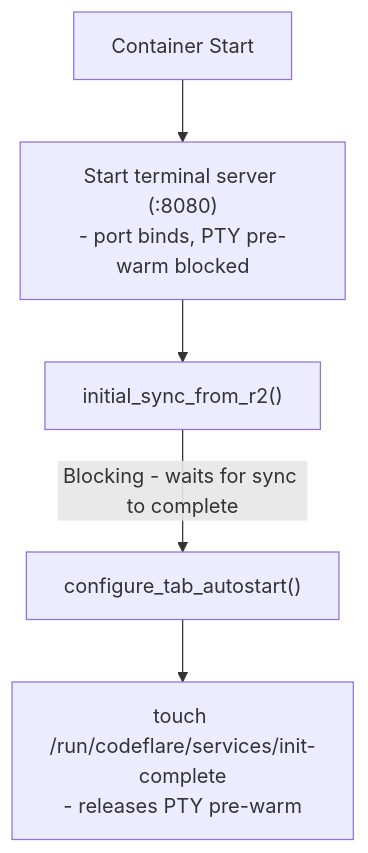
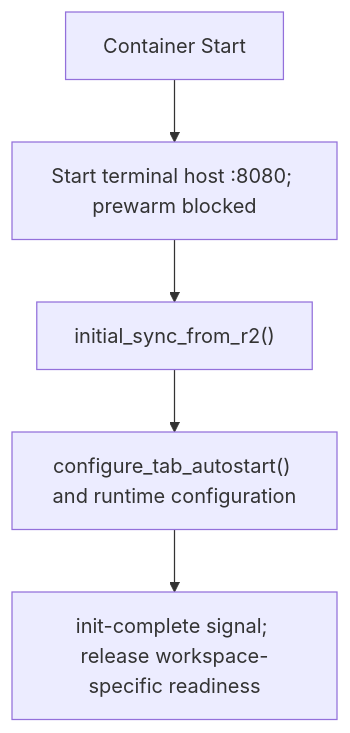
Before and after one commit to nikolanovoselec/codeflare: the diagram in documentation/lanes/container.md, drawn with Mermaid. The commit also changed other lines of this file and 85 other files, not shown here.

````diff
--- a/documentation/lanes/container.md
+++ b/documentation/lanes/container.md
@@ -179,7 +159,7 @@
 ```mermaid
 flowchart TD
-    A[Container Start] --> B["Start terminal server (:8080)\n- port binds, PTY pre-warm blocked"]
+    A[Container Start] --> B["Start terminal host :8080; prewarm blocked"]
     B --> C["initial_sync_from_r2()"]
-    C -->|"Blocking - waits for sync to complete"| D["configure_tab_autostart()"]
-    D --> E["touch /run/codeflare/services/init-complete\n- releases PTY pre-warm"]
+    C --> D["configure_tab_autostart() and runtime configuration"]
+    D --> E["init-complete signal; release workspace-specific readiness"]
 ```
````
